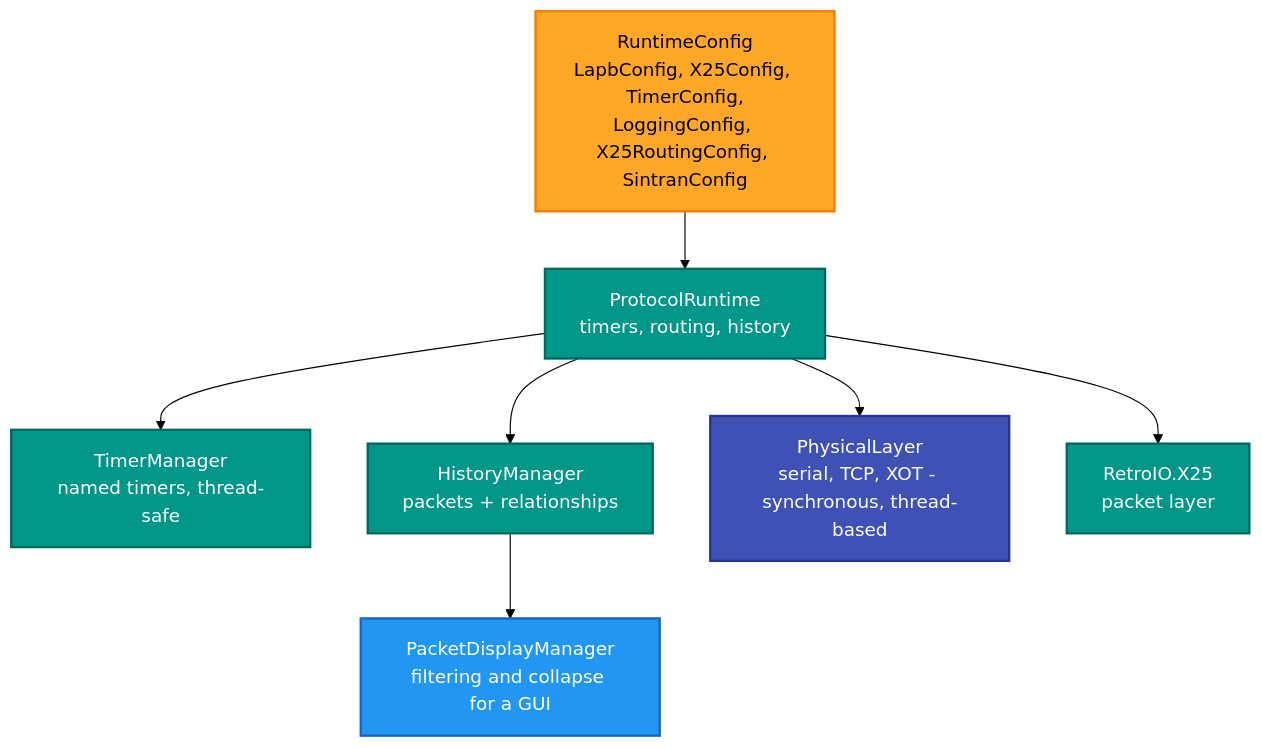
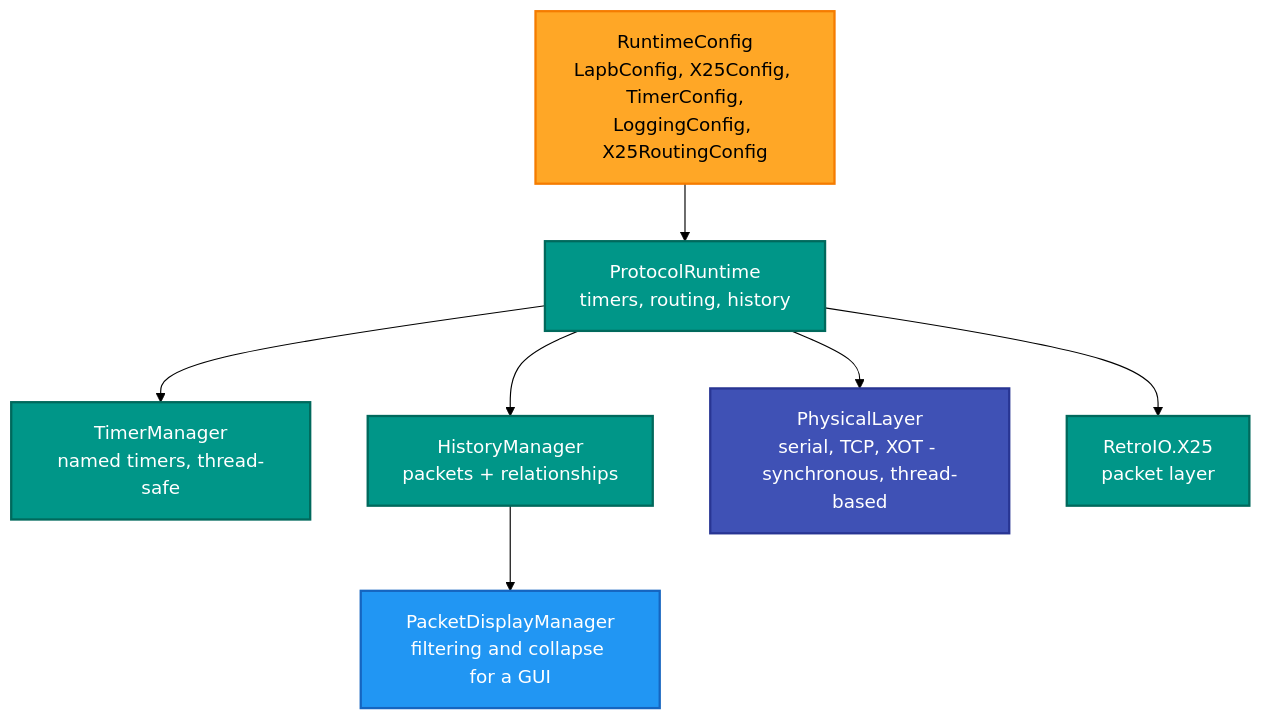
One commit to RetroCoreLabs/RetroIO changed the first of 2 diagrams in src/RetroIO.Protocols.X25.Runtime/README.md. Above: the diagram before and after it, drawn with Mermaid (forest theme). The commit also changed other lines of this file and 20 other files, not shown here.

````diff
--- a/src/RetroIO.Protocols.X25.Runtime/README.md
+++ b/src/RetroIO.Protocols.X25.Runtime/README.md
@@ -53,27 +53,27 @@
 ```mermaid
 flowchart TB
-    CONF["RuntimeConfig<br/>LapbConfig, X25Config, TimerConfig,<br/>LoggingConfig, X25RoutingConfig, SintranConfig"]
+    CONF["RuntimeConfig<br/>LapbConfig, X25Config, TimerConfig,<br/>LoggingConfig, X25RoutingConfig"]
     RT["ProtocolRuntime<br/>timers, routing, history"]
     TM["TimerManager<br/>named timers, thread-safe"]
     HM["HistoryManager<br/>packets + relationships"]
     PHYS["PhysicalLayer<br/>serial, TCP, XOT - synchronous, thread-based"]
     X25["RetroIO.X25<br/>packet layer"]
     DISP["PacketDisplayManager<br/>filtering and collapse for a GUI"]
 
     CONF --> RT
     RT --> TM
     RT --> HM
     RT --> X25
     RT --> PHYS
     HM --> DISP
 
     classDef conf fill:#FFA726,stroke:#F57C00,stroke-width:2px,color:#000
     classDef core fill:#009688,stroke:#00695C,stroke-width:2px,color:#fff
     classDef sock fill:#3F51B5,stroke:#283593,stroke-width:2px,color:#fff
     classDef app  fill:#2196F3,stroke:#1565C0,stroke-width:2px,color:#fff
 
     class CONF conf
     class RT,TM,HM,X25 core
     class PHYS sock
     class DISP app
 ```
````
